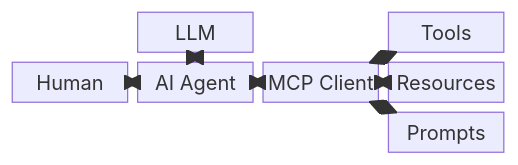
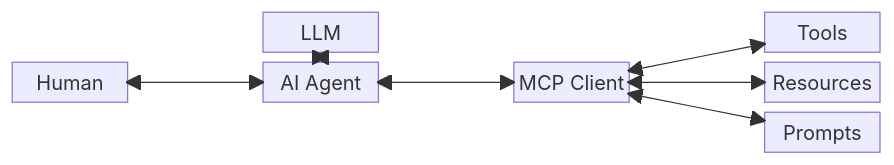
One commit to WebexCC-SA/LAB-31123 changed the diagram in docs/mermaid.md. Above: the diagram before and after it, drawn with Mermaid.

````diff
--- a/docs/mermaid.md
+++ b/docs/mermaid.md
@@ -1,15 +1,15 @@
 ```mermaid
 block-beta
-    columns 4
+    columns 7
 
-    space L["LLM"] space T["Tools"]
-    H["Human"] A["AI Agent"] C["MCP Client"] R["Resources"]
-    space space space P["Prompts"]
+    space space L["LLM"] space space space T["Tools"]
+    H["Human"] space A["AI Agent"] space C["MCP Client"] space R["Resources"]
+    space space space space space space P["Prompts"]
 
     H <--> A
     L <--> A
     A <--> C
     C <--> T
     C <--> R
     C <--> P
 ```
````
